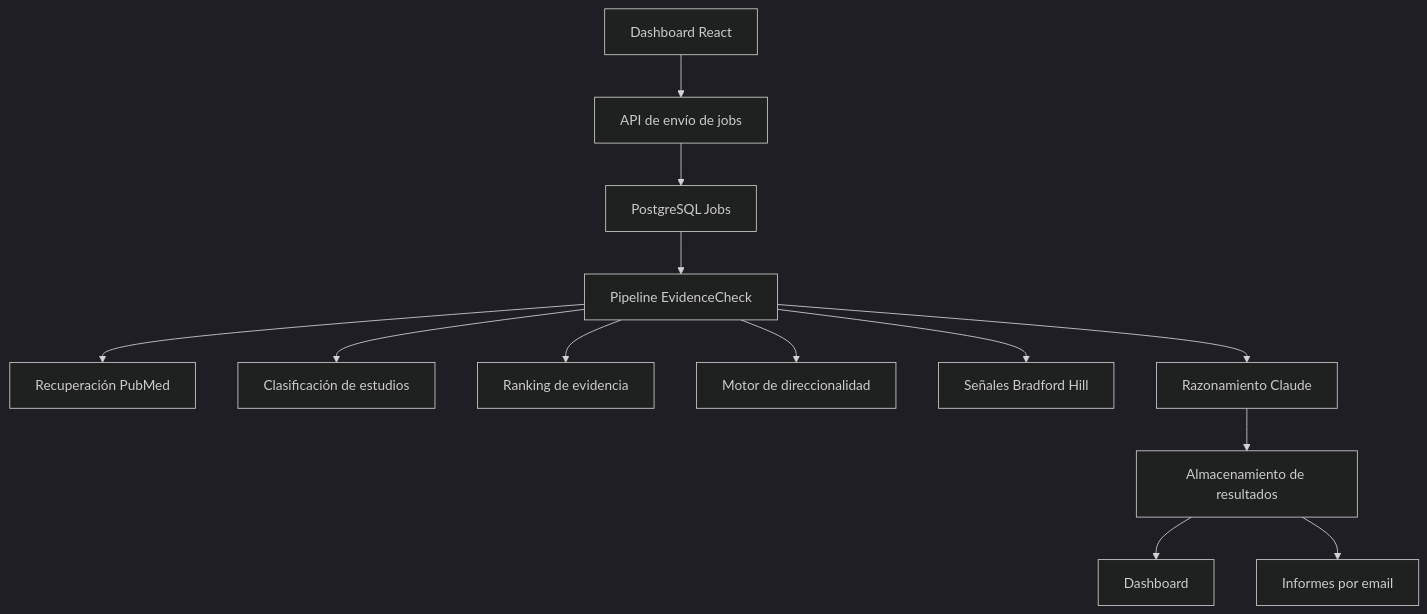
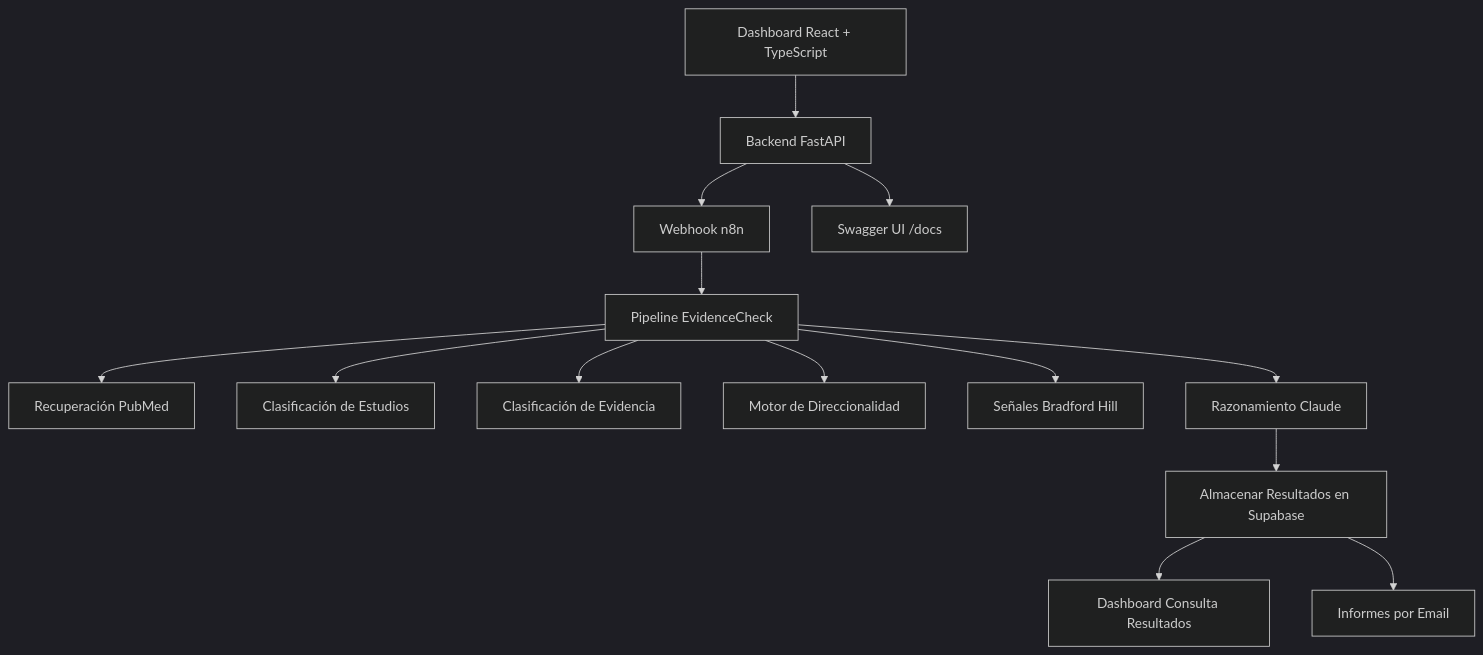
Before and after one commit to alejandro-orbis/EvidenceCheck-AI: the diagram in README_ES.md, drawn with Mermaid (dark theme). The commit also changed other lines of this file, not shown here.

````diff
--- a/README_ES.md
+++ b/README_ES.md
@@ -230,22 +237,24 @@
 ```mermaid
 flowchart TD
 
-A[Dashboard React]
---> B[API de envío de jobs]
+A[Dashboard React + TypeScript]
+--> B[Backend FastAPI]
 
-B --> C[PostgreSQL Jobs]
+B --> C[Webhook n8n]
 
 C --> D[Pipeline EvidenceCheck]
 
 D --> E[Recuperación PubMed]
-D --> F[Clasificación de estudios]
-D --> G[Ranking de evidencia]
-D --> H[Motor de direccionalidad]
+D --> F[Clasificación de Estudios]
+D --> G[Clasificación de Evidencia]
+D --> H[Motor de Direccionalidad]
 D --> I[Señales Bradford Hill]
 D --> J[Razonamiento Claude]
 
-J --> K[Almacenamiento de resultados]
+J --> K[Almacenar Resultados en Supabase]
 
-K --> L[Dashboard]
-K --> M[Informes por email]
+K --> L[Dashboard Consulta Resultados]
+K --> M[Informes por Email]
+
+B --> N[Swagger UI /docs]
 ```
````
